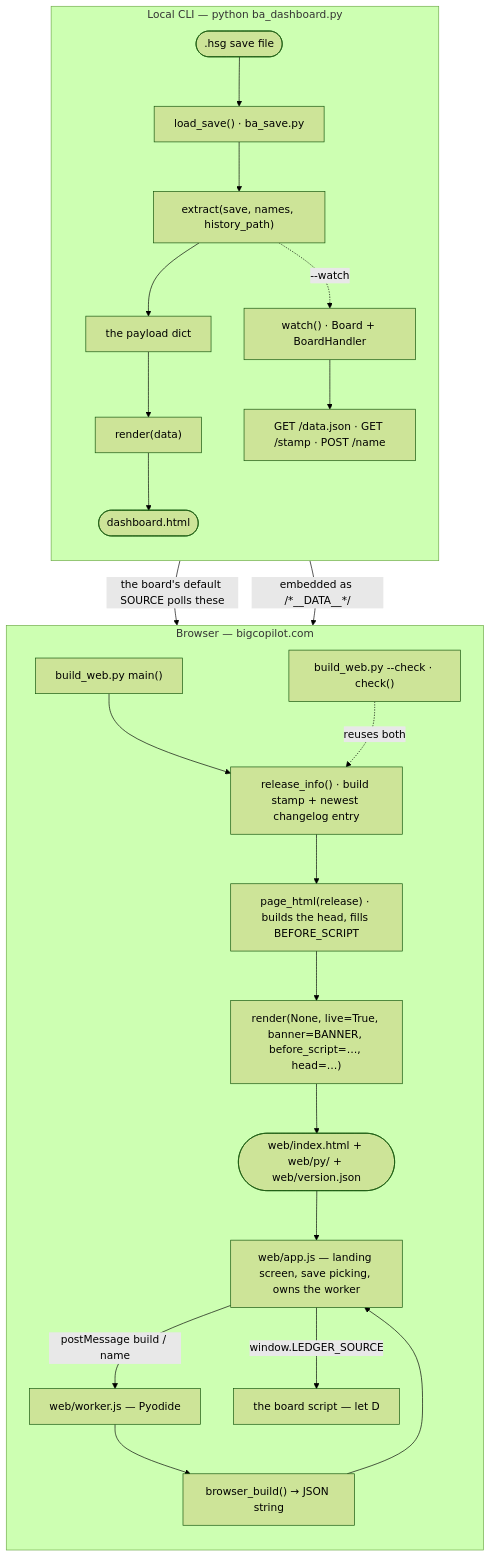
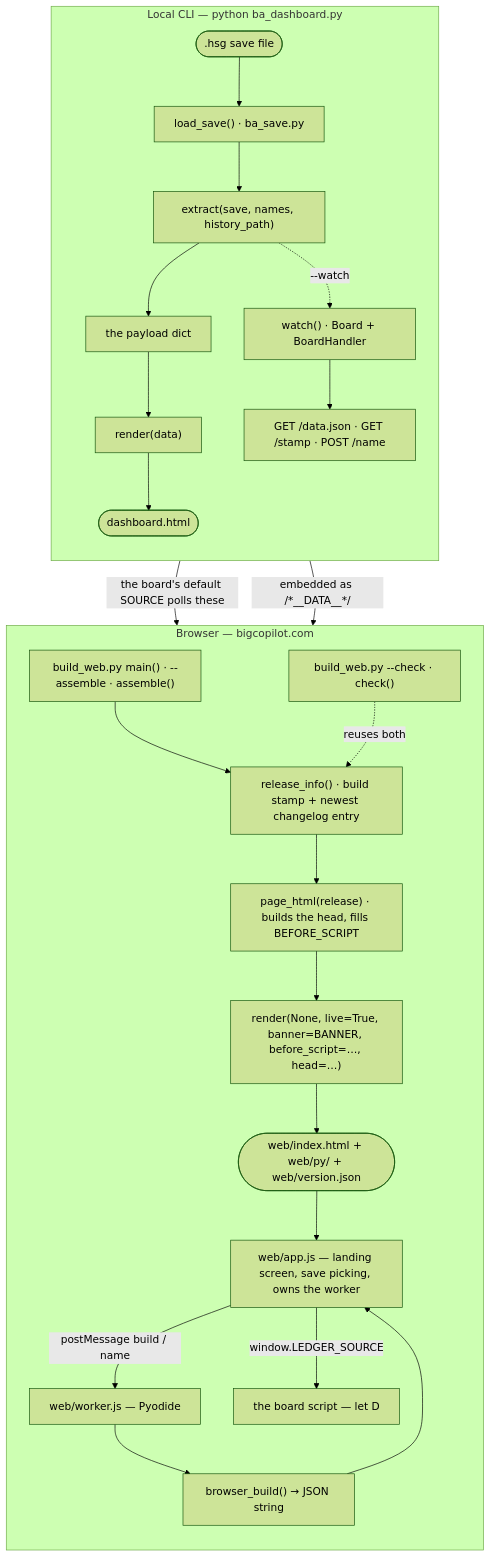
One commit to PeterHartwieg/big-copilot changed the diagram in docs/architecture.md. Above: the diagram before and after it, drawn with Mermaid (forest theme). The commit also changed other lines of this file and 6 other files, not shown here.

First line of the commit message:
build_web.py --assemble: write web/ from committed sources, no game

````diff
--- a/docs/architecture.md
+++ b/docs/architecture.md
@@ -13,32 +13,32 @@
 ```mermaid
 flowchart TD
   save([".hsg save file"])
 
   subgraph local["Local CLI — python ba_dashboard.py"]
     direction TB
     save --> load["load_save() · ba_save.py"]
     load --> extract["extract(save, names, history_path)"]
     extract --> payload["the payload dict"]
     payload --> renderL["render(data)"]
     renderL --> out(["dashboard.html"])
     extract -.->|"--watch"| watch["watch() · Board + BoardHandler"]
     watch --> routes["GET /data.json · GET /stamp · POST /name"]
   end
 
   subgraph web["Browser — bigcopilot.com"]
     direction TB
-    bw["build_web.py main()"] --> ri["release_info() · build stamp + newest changelog entry"]
+    bw["build_web.py main() · --assemble · assemble()"] --> ri["release_info() · build stamp + newest changelog entry"]
     ri --> ph["page_html(release) · builds the head, fills BEFORE_SCRIPT"]
     chk["build_web.py --check · check()"] -.->|"reuses both"| ri
     ph --> renderW["render(None, live=True, banner=BANNER, before_script=…, head=…)"]
     renderW --> index(["web/index.html + web/py/ + web/version.json"])
     index --> app["web/app.js — landing screen, save picking, owns the worker"]
     app -->|"postMessage build / name"| wk["web/worker.js — Pyodide"]
     wk --> bb["browser_build() → JSON string"]
     bb --> app
     app -->|"window.LEDGER_SOURCE"| board["the board script — let D"]
   end
 
   routes -->|"the board's default SOURCE polls these"| board
   payload -->|"embedded as /*__DATA__*/"| board
 ```
````
